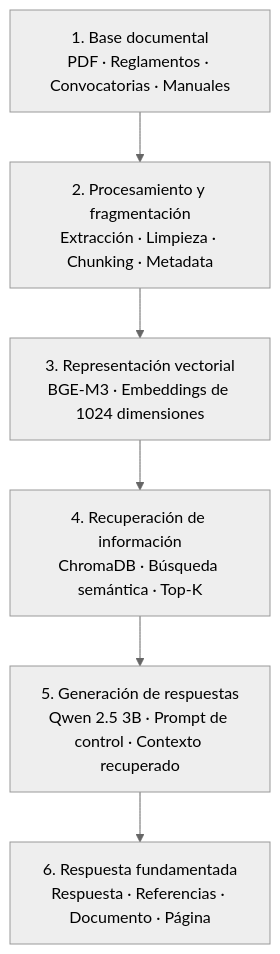
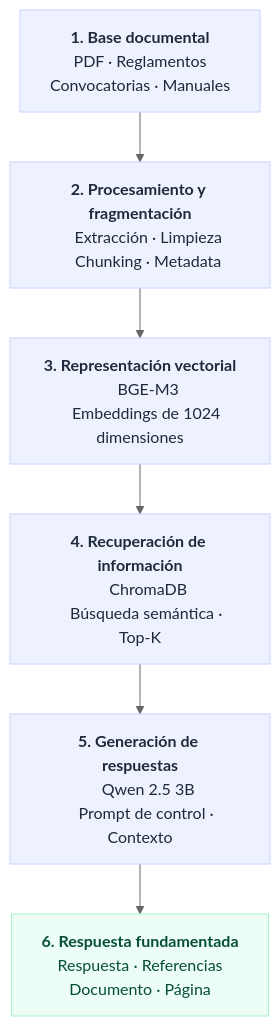
One commit to MedCoder-Edwin/asistente-unison changed the diagram in README.md. Above: the diagram before and after it, drawn with Mermaid (neutral theme).

Commit message:
Revise flowchart format in README
Updated flowchart syntax for improved clarity and styling.

````diff
--- a/README.md
+++ b/README.md
@@ -11,8 +11,28 @@
 ```mermaid
-graph TD
-    A[1. Base documental<br/>PDF · Reglamentos · Convocatorias · Manuales] --> B[2. Procesamiento y fragmentación<br/>Extracción · Limpieza · Chunking · Metadata]
-    B --> C[3. Representación vectorial<br/>BGE-M3 · Embeddings de 1024 dimensiones]
-    C --> D[4. Recuperación de información<br/>ChromaDB · Búsqueda semántica · Top-K]
-    D --> E[5. Generación de respuestas<br/>Qwen 2.5 3B · Prompt de control · Contexto recuperado]
-    E --> F[6. Respuesta fundamentada<br/>Respuesta · Referencias · Documento · Página]
+flowchart TD
+    A["<b>1. Base documental</b>
+    PDF · Reglamentos
+    Convocatorias · Manuales"] --> 
+    B["<b>2. Procesamiento y fragmentación</b>
+    Extracción · Limpieza
+    Chunking · Metadata"] --> 
+    C["<b>3. Representación vectorial</b>
+    BGE-M3
+    Embeddings de 1024 dimensiones"] --> 
+    D["<b>4. Recuperación de información</b>
+    ChromaDB
+    Búsqueda semántica · Top-K"] --> 
+    E["<b>5. Generación de respuestas</b>
+    Qwen 2.5 3B
+    Prompt de control · Contexto"] --> 
+    F["<b>6. Respuesta fundamentada</b>
+    Respuesta · Referencias
+    Documento · Página"]
+
+    style A fill:#eef2ff,stroke:#c7d2fe,color:#1e293b
+    style B fill:#eef2ff,stroke:#c7d2fe,color:#1e293b
+    style C fill:#eef2ff,stroke:#c7d2fe,color:#1e293b
+    style D fill:#eef2ff,stroke:#c7d2fe,color:#1e293b
+    style E fill:#eef2ff,stroke:#c7d2fe,color:#1e293b
+    style F fill:#ecfdf5,stroke:#a7f3d0,color:#064e3b
 ```
````
